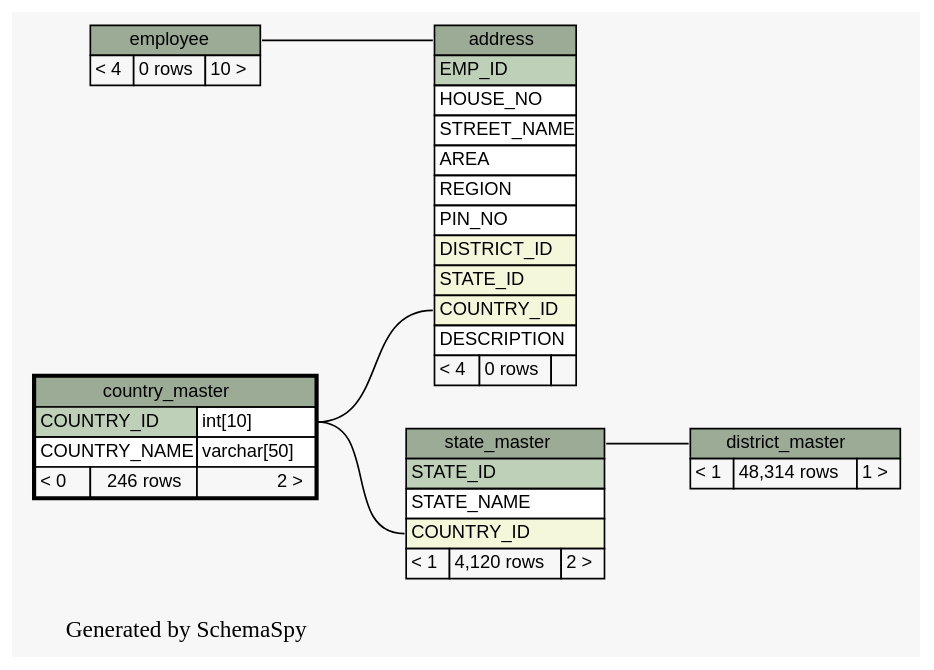
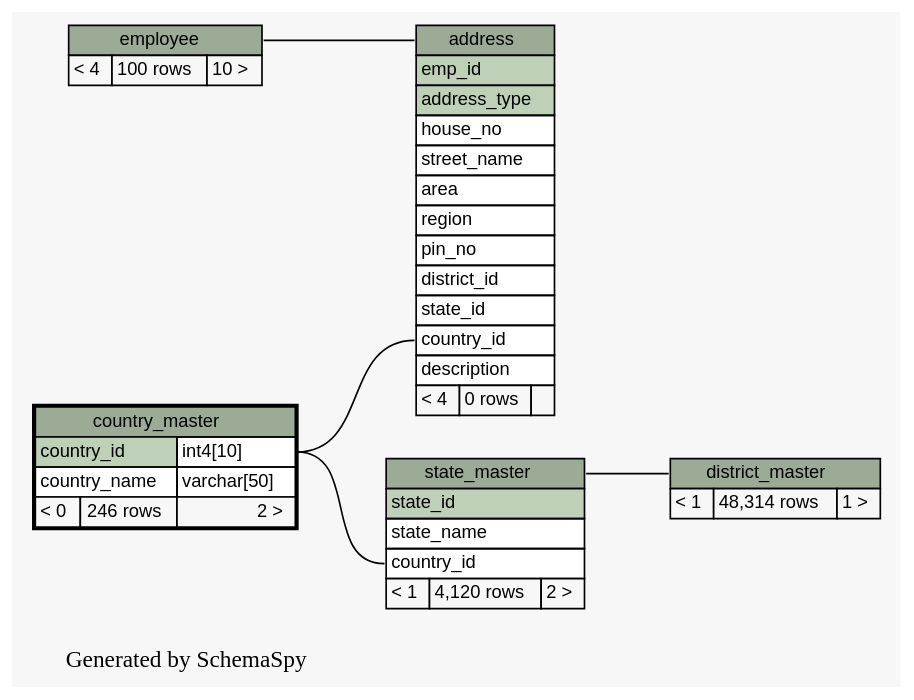
The diagram in docs/database/schemaspy/graphs/country_master.2degrees.dot (engineerscraft/hrms), drawn with Graphviz before and after one commit. The commit also changed 214 other files, not shown here.

```diff
--- a/docs/database/schemaspy/graphs/country_master.2degrees.dot
+++ b/docs/database/schemaspy/graphs/country_master.2degrees.dot
@@ -1,81 +1,82 @@
 // dot 2.38.0 on Windows 7 6.1
 digraph "twoDegreesRelationshipsGraph" {
   graph [
     rankdir="RL"
     bgcolor="#f7f7f7"
     label="\nGenerated by SchemaSpy"
     labeljust="l"
   ];
   node [
     fontname="Helvetica"
     fontsize="11"
     shape="plaintext"
   ];
   edge [
     arrowsize="0.8"
   ];
-  "address":"COUNTRY_ID":w -> "country_master":"COUNTRY_ID.type":e [arrowtail=crowodot arrowhead=none];
-  "address":"address.heading":w -> "employee":"employee.heading":e [arrowtail=tee arrowhead=none];
+  "address":"country_id":w -> "country_master":"country_id.type":e [arrowtail=crowodot arrowhead=none];
+  "address":"address.heading":w -> "employee":"employee.heading":e [arrowtail=crowtee arrowhead=none];
   "district_master":"district_master.heading":w -> "state_master":"state_master.heading":e [arrowtail=crowodot arrowhead=none];
-  "state_master":"COUNTRY_ID":w -> "country_master":"COUNTRY_ID.type":e [arrowtail=crowodot arrowhead=none];
+  "state_master":"country_id":w -> "country_master":"country_id.type":e [arrowtail=crowodot arrowhead=none];
   "address" [
     label=<
     <TABLE BORDER="0" CELLBORDER="1" CELLSPACING="0" BGCOLOR="#ffffff">
       <TR><TD PORT="address.heading" COLSPAN="3" BGCOLOR="#9bab96" ALIGN="CENTER">address</TD></TR>
-      <TR><TD PORT="EMP_ID" COLSPAN="3" BGCOLOR="#bed1b8" ALIGN="LEFT">EMP_ID</TD></TR>
-      <TR><TD PORT="HOUSE_NO" COLSPAN="3" ALIGN="LEFT">HOUSE_NO</TD></TR>
-      <TR><TD PORT="STREET_NAME" COLSPAN="3" ALIGN="LEFT">STREET_NAME</TD></TR>
-      <TR><TD PORT="AREA" COLSPAN="3" ALIGN="LEFT">AREA</TD></TR>
-      <TR><TD PORT="REGION" COLSPAN="3" ALIGN="LEFT">REGION</TD></TR>
-      <TR><TD PORT="PIN_NO" COLSPAN="3" ALIGN="LEFT">PIN_NO</TD></TR>
-      <TR><TD PORT="DISTRICT_ID" COLSPAN="3" BGCOLOR="#f4f7da" ALIGN="LEFT">DISTRICT_ID</TD></TR>
-      <TR><TD PORT="STATE_ID" COLSPAN="3" BGCOLOR="#f4f7da" ALIGN="LEFT">STATE_ID</TD></TR>
-      <TR><TD PORT="COUNTRY_ID" COLSPAN="3" BGCOLOR="#f4f7da" ALIGN="LEFT">COUNTRY_ID</TD></TR>
-      <TR><TD PORT="DESCRIPTION" COLSPAN="3" ALIGN="LEFT">DESCRIPTION</TD></TR>
+      <TR><TD PORT="emp_id" COLSPAN="3" BGCOLOR="#bed1b8" ALIGN="LEFT">emp_id</TD></TR>
+      <TR><TD PORT="address_type" COLSPAN="3" BGCOLOR="#bed1b8" ALIGN="LEFT">address_type</TD></TR>
+      <TR><TD PORT="house_no" COLSPAN="3" ALIGN="LEFT">house_no</TD></TR>
+      <TR><TD PORT="street_name" COLSPAN="3" ALIGN="LEFT">street_name</TD></TR>
+      <TR><TD PORT="area" COLSPAN="3" ALIGN="LEFT">area</TD></TR>
+      <TR><TD PORT="region" COLSPAN="3" ALIGN="LEFT">region</TD></TR>
+      <TR><TD PORT="pin_no" COLSPAN="3" ALIGN="LEFT">pin_no</TD></TR>
+      <TR><TD PORT="district_id" COLSPAN="3" ALIGN="LEFT">district_id</TD></TR>
+      <TR><TD PORT="state_id" COLSPAN="3" ALIGN="LEFT">state_id</TD></TR>
+      <TR><TD PORT="country_id" COLSPAN="3" ALIGN="LEFT">country_id</TD></TR>
+      <TR><TD PORT="description" COLSPAN="3" ALIGN="LEFT">description</TD></TR>
       <TR><TD ALIGN="LEFT" BGCOLOR="#f7f7f7">&lt; 4</TD><TD ALIGN="RIGHT" BGCOLOR="#f7f7f7">0 rows</TD><TD ALIGN="RIGHT" BGCOLOR="#f7f7f7">  </TD></TR>
     </TABLE>>
     URL="address.html#graph"
     tooltip="address"
   ];
   "country_master" [
     label=<
     <TABLE BORDER="2" CELLBORDER="1" CELLSPACING="0" BGCOLOR="#ffffff">
       <TR><TD PORT="country_master.heading" COLSPAN="3" BGCOLOR="#9bab96" ALIGN="CENTER">country_master</TD></TR>
-      <TR><TD PORT="COUNTRY_ID" COLSPAN="2" BGCOLOR="#bed1b8" ALIGN="LEFT">COUNTRY_ID</TD><TD PORT="COUNTRY_ID.type" ALIGN="LEFT">int[10]</TD></TR>
-      <TR><TD PORT="COUNTRY_NAME" COLSPAN="2" ALIGN="LEFT">COUNTRY_NAME</TD><TD PORT="COUNTRY_NAME.type" ALIGN="LEFT">varchar[50]</TD></TR>
+      <TR><TD PORT="country_id" COLSPAN="2" BGCOLOR="#bed1b8" ALIGN="LEFT">country_id</TD><TD PORT="country_id.type" ALIGN="LEFT">int4[10]</TD></TR>
+      <TR><TD PORT="country_name" COLSPAN="2" ALIGN="LEFT">country_name</TD><TD PORT="country_name.type" ALIGN="LEFT">varchar[50]</TD></TR>
       <TR><TD ALIGN="LEFT" BGCOLOR="#f7f7f7">&lt; 0</TD><TD ALIGN="RIGHT" BGCOLOR="#f7f7f7">246 rows</TD><TD ALIGN="RIGHT" BGCOLOR="#f7f7f7">2 &gt;</TD></TR>
     </TABLE>>
     URL="country_master.html#"
     tooltip="country_master"
   ];
   "district_master" [
     label=<
     <TABLE BORDER="0" CELLBORDER="1" CELLSPACING="0" BGCOLOR="#ffffff">
       <TR><TD PORT="district_master.heading" COLSPAN="3" BGCOLOR="#9bab96" ALIGN="CENTER">district_master</TD></TR>
       <TR><TD ALIGN="LEFT" BGCOLOR="#f7f7f7">&lt; 1</TD><TD ALIGN="RIGHT" BGCOLOR="#f7f7f7">48,314 rows</TD><TD ALIGN="RIGHT" BGCOLOR="#f7f7f7">1 &gt;</TD></TR>
     </TABLE>>
     URL="district_master.html#graph"
     tooltip="district_master"
   ];
   "employee" [
     label=<
     <TABLE BORDER="0" CELLBORDER="1" CELLSPACING="0" BGCOLOR="#ffffff">
       <TR><TD PORT="employee.heading" COLSPAN="3" BGCOLOR="#9bab96" ALIGN="CENTER">employee</TD></TR>
-      <TR><TD ALIGN="LEFT" BGCOLOR="#f7f7f7">&lt; 4</TD><TD ALIGN="RIGHT" BGCOLOR="#f7f7f7">0 rows</TD><TD ALIGN="RIGHT" BGCOLOR="#f7f7f7">10 &gt;</TD></TR>
+      <TR><TD ALIGN="LEFT" BGCOLOR="#f7f7f7">&lt; 4</TD><TD ALIGN="RIGHT" BGCOLOR="#f7f7f7">100 rows</TD><TD ALIGN="RIGHT" BGCOLOR="#f7f7f7">10 &gt;</TD></TR>
     </TABLE>>
     URL="employee.html#graph"
     tooltip="employee"
   ];
   "state_master" [
     label=<
     <TABLE BORDER="0" CELLBORDER="1" CELLSPACING="0" BGCOLOR="#ffffff">
       <TR><TD PORT="state_master.heading" COLSPAN="3" BGCOLOR="#9bab96" ALIGN="CENTER">state_master</TD></TR>
-      <TR><TD PORT="STATE_ID" COLSPAN="3" BGCOLOR="#bed1b8" ALIGN="LEFT">STATE_ID</TD></TR>
-      <TR><TD PORT="STATE_NAME" COLSPAN="3" ALIGN="LEFT">STATE_NAME</TD></TR>
-      <TR><TD PORT="COUNTRY_ID" COLSPAN="3" BGCOLOR="#f4f7da" ALIGN="LEFT">COUNTRY_ID</TD></TR>
+      <TR><TD PORT="state_id" COLSPAN="3" BGCOLOR="#bed1b8" ALIGN="LEFT">state_id</TD></TR>
+      <TR><TD PORT="state_name" COLSPAN="3" ALIGN="LEFT">state_name</TD></TR>
+      <TR><TD PORT="country_id" COLSPAN="3" ALIGN="LEFT">country_id</TD></TR>
       <TR><TD ALIGN="LEFT" BGCOLOR="#f7f7f7">&lt; 1</TD><TD ALIGN="RIGHT" BGCOLOR="#f7f7f7">4,120 rows</TD><TD ALIGN="RIGHT" BGCOLOR="#f7f7f7">2 &gt;</TD></TR>
     </TABLE>>
     URL="state_master.html#graph"
     tooltip="state_master"
   ];
 }
```
